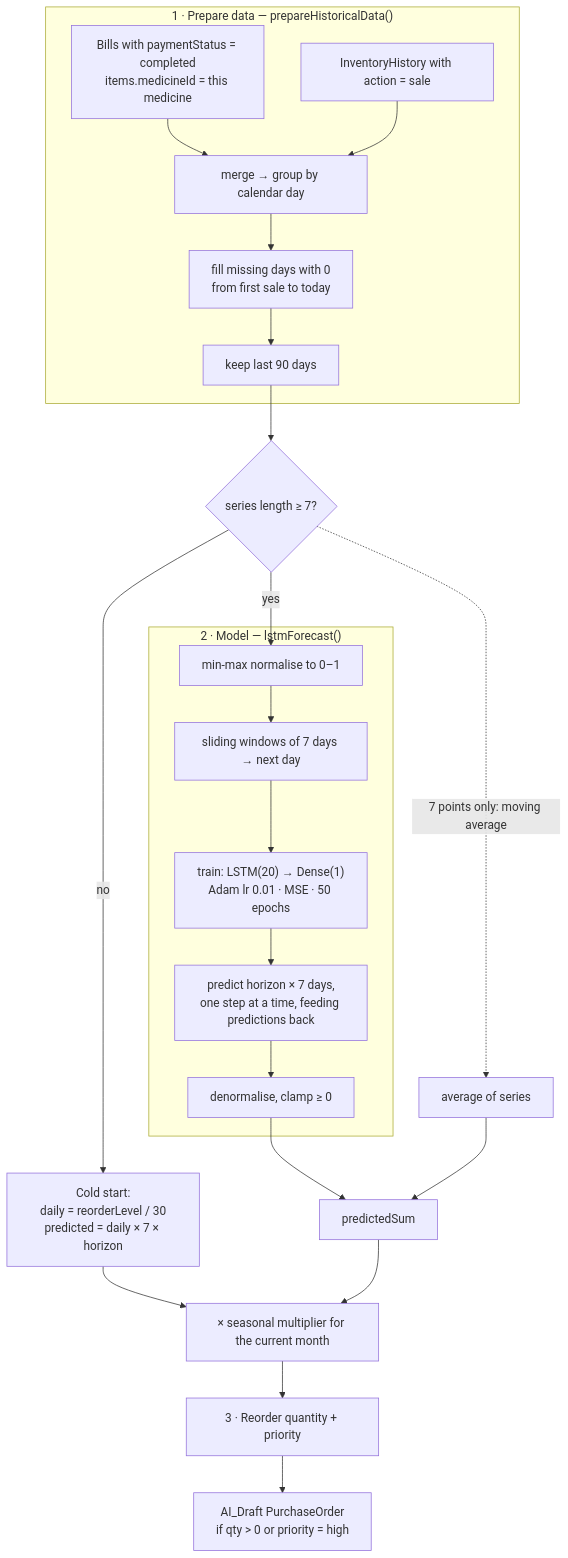
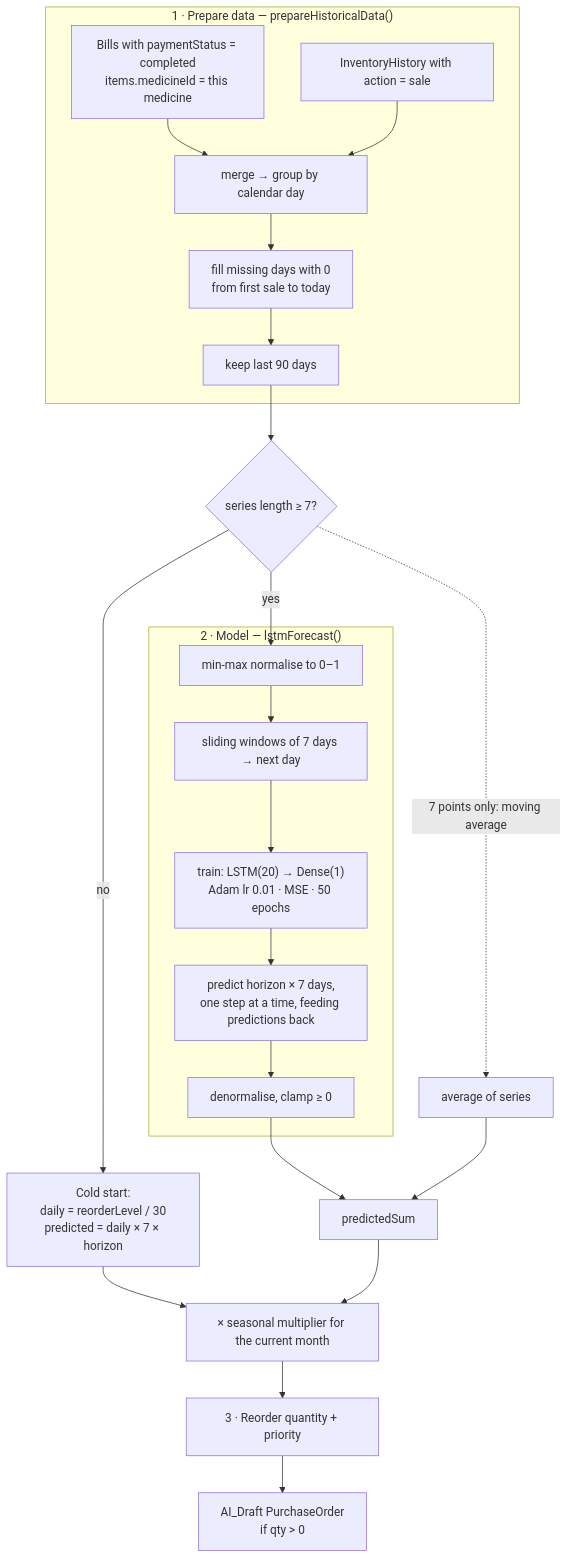
Before and after one commit to USER1043/MediStock_AI: the diagram in docs/forecasting.md, drawn with Mermaid. The commit also changed other lines of this file and 3 other files, not shown here.

````diff
--- a/docs/forecasting.md
+++ b/docs/forecasting.md
@@ -9,32 +9,32 @@
 ```mermaid
 flowchart TB
     subgraph data["1 · Prepare data — prepareHistoricalData()"]
         b["Bills with paymentStatus = completed<br/>items.medicineId = this medicine"]
         h["InventoryHistory with action = sale"]
         b --> m["merge → group by calendar day"]
         h --> m
         m --> fill["fill missing days with 0<br/>from first sale to today"]
         fill --> last["keep last 90 days"]
     end
 
     last --> check{"series length ≥ 7?"}
 
     check -- no --> cold["Cold start:<br/>daily = reorderLevel / 30<br/>predicted = daily × 7 × horizon"]
 
     subgraph lstm["2 · Model — lstmForecast()"]
         n["min-max normalise to 0–1"] --> w["sliding windows of 7 days → next day"]
         w --> t["train: LSTM(20) → Dense(1)<br/>Adam lr 0.01 · MSE · 50 epochs"]
         t --> p["predict horizon × 7 days,<br/>one step at a time, feeding predictions back"]
         p --> dn["denormalise, clamp ≥ 0"]
     end
 
     check -- yes --> n
     check -. "7 points only: moving average" .-> avg["average of series"]
 
     dn --> sum["predictedSum"]
     avg --> sum
     cold --> season
     sum --> season["× seasonal multiplier for the current month"]
     season --> reorder["3 · Reorder quantity + priority"]
-    reorder --> po["AI_Draft PurchaseOrder<br/>if qty > 0 or priority = high"]
+    reorder --> po["AI_Draft PurchaseOrder<br/>if qty > 0"]
 ```
````
